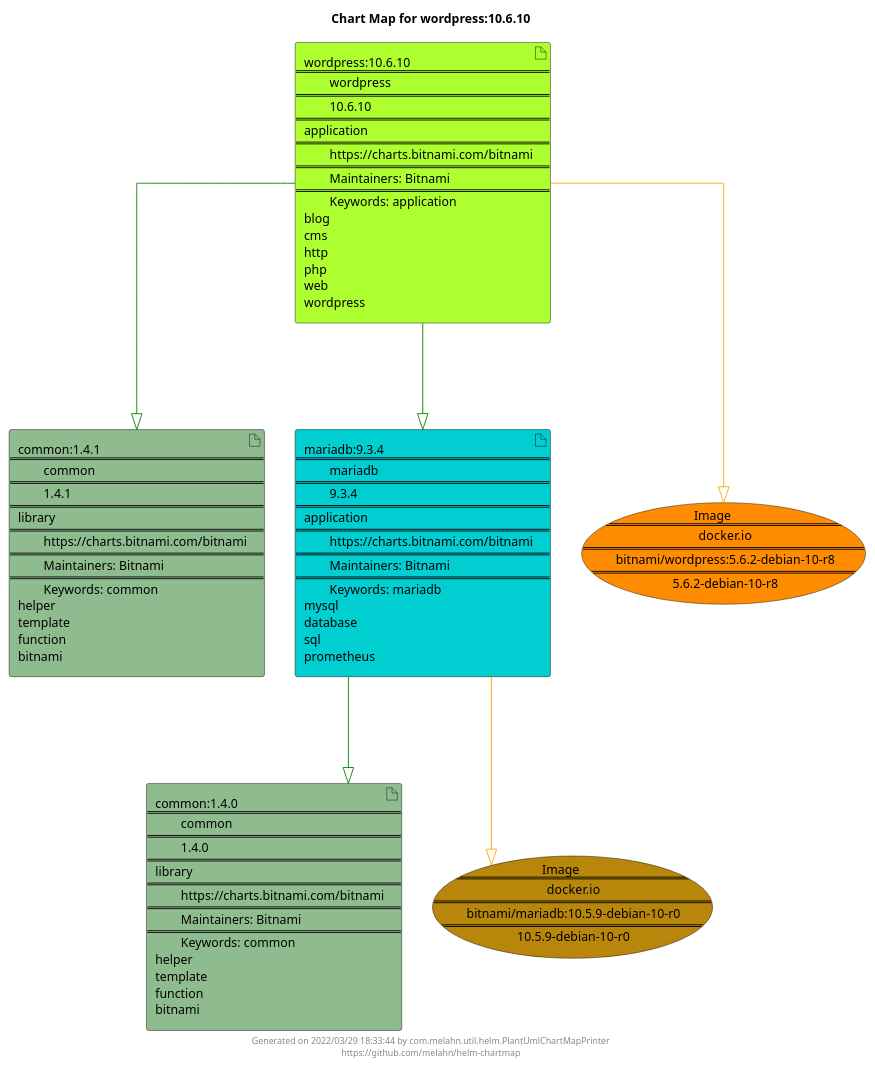
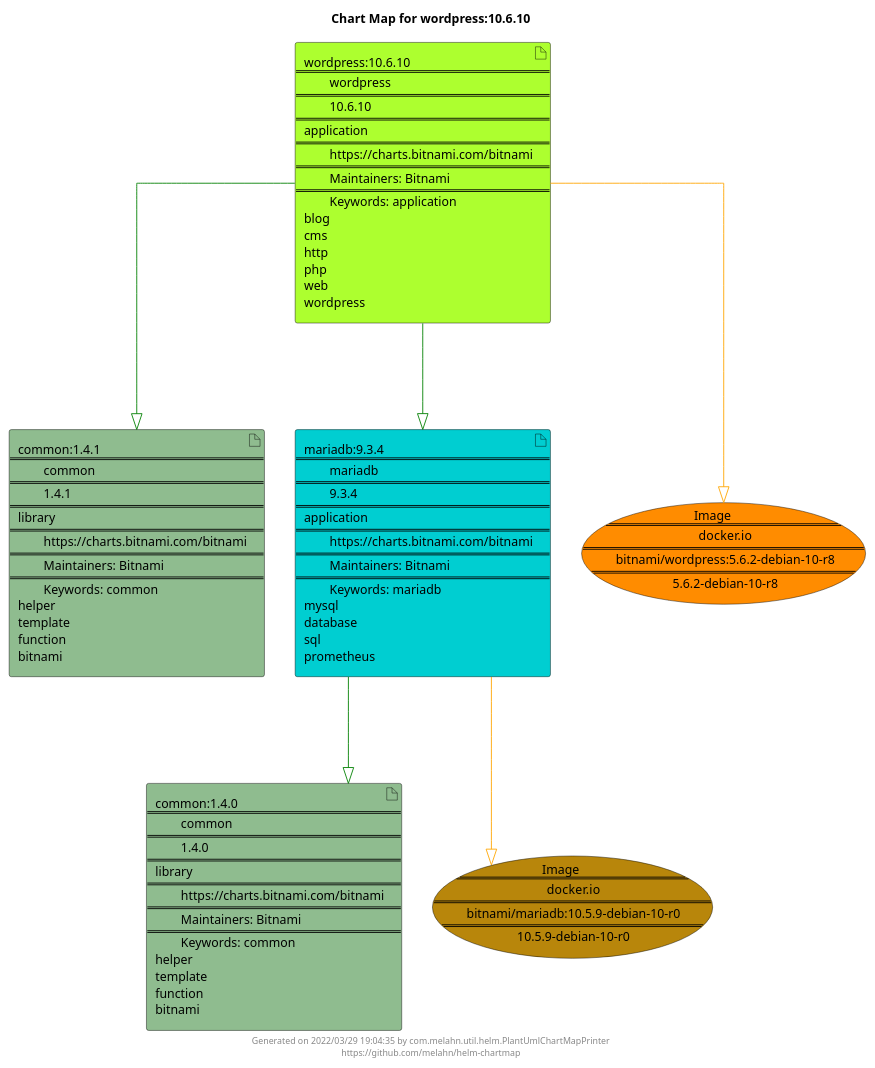
Before and after one commit to melahn/helm-chartmap: the diagram in docs/wordpress/wordpress-10.6.10.puml, drawn with PlantUML. The commit also changed 51 other files, not shown here.

Commit message:
Update Example Chart Maps as part of GitHub build

```diff
--- a/docs/wordpress/wordpress-10.6.10.puml
+++ b/docs/wordpress/wordpress-10.6.10.puml
@@ -1,29 +1,29 @@
 @startuml
 skinparam linetype ortho
 skinparam backgroundColor white
 skinparam usecaseBorderColor black
 skinparam usecaseArrowColor LightSlateGray
 skinparam artifactBorderColor black
 skinparam artifactArrowColor LightSlateGray
 
 title Chart Map for wordpress:10.6.10
 
 'There are 4 referenced Helm Charts
 artifact "common:1.4.1\n====\n\tcommon\n====\n\t1.4.1\n====\nlibrary\n====\n\thttps://charts.bitnami.com/bitnami\n====\n\tMaintainers: Bitnami\n====\n\tKeywords: common\nhelper\ntemplate\nfunction\nbitnami" as common_1_4_1 #DarkSeaGreen
 artifact "mariadb:9.3.4\n====\n\tmariadb\n====\n\t9.3.4\n====\napplication\n====\n\thttps://charts.bitnami.com/bitnami\n====\n\tMaintainers: Bitnami\n====\n\tKeywords: mariadb\nmysql\ndatabase\nsql\nprometheus" as mariadb_9_3_4 #DarkTurquoise
 artifact "common:1.4.0\n====\n\tcommon\n====\n\t1.4.0\n====\nlibrary\n====\n\thttps://charts.bitnami.com/bitnami\n====\n\tMaintainers: Bitnami\n====\n\tKeywords: common\nhelper\ntemplate\nfunction\nbitnami" as common_1_4_0 #DarkSeaGreen
 artifact "wordpress:10.6.10\n====\n\twordpress\n====\n\t10.6.10\n====\napplication\n====\n\thttps://charts.bitnami.com/bitnami\n====\n\tMaintainers: Bitnami\n====\n\tKeywords: application\nblog\ncms\nhttp\nphp\nweb\nwordpress" as wordpress_10_6_10 #GreenYellow
 
 'There are 2 referenced Docker Images
 usecase "Image\n====\n\tdocker.io\n====\n\tbitnami/wordpress:5.6.2-debian-10-r8\n====\n\t5.6.2-debian-10-r8" as docker_io_bitnami_wordpress_5_6_2_debian_10_r8 #Darkorange
 usecase "Image\n====\n\tdocker.io\n====\n\tbitnami/mariadb:10.5.9-debian-10-r0\n====\n\t10.5.9-debian-10-r0" as docker_io_bitnami_mariadb_10_5_9_debian_10_r0 #DarkGoldenRod
 
 'Chart Dependencies
 wordpress_10_6_10--[#green]-|>common_1_4_1
 wordpress_10_6_10--[#green]-|>mariadb_9_3_4
 mariadb_9_3_4--[#green]-|>common_1_4_0
 mariadb_9_3_4--[#orange]-|>docker_io_bitnami_mariadb_10_5_9_debian_10_r0
 wordpress_10_6_10--[#orange]-|>docker_io_bitnami_wordpress_5_6_2_debian_10_r8
 
-center footer Generated on 2022/03/29 18:33:44 by com.melahn.util.helm.PlantUmlChartMapPrinter\nhttps://github.com/melahn/helm-chartmap
+center footer Generated on 2022/03/29 19:04:35 by com.melahn.util.helm.PlantUmlChartMapPrinter\nhttps://github.com/melahn/helm-chartmap
 @enduml
```
